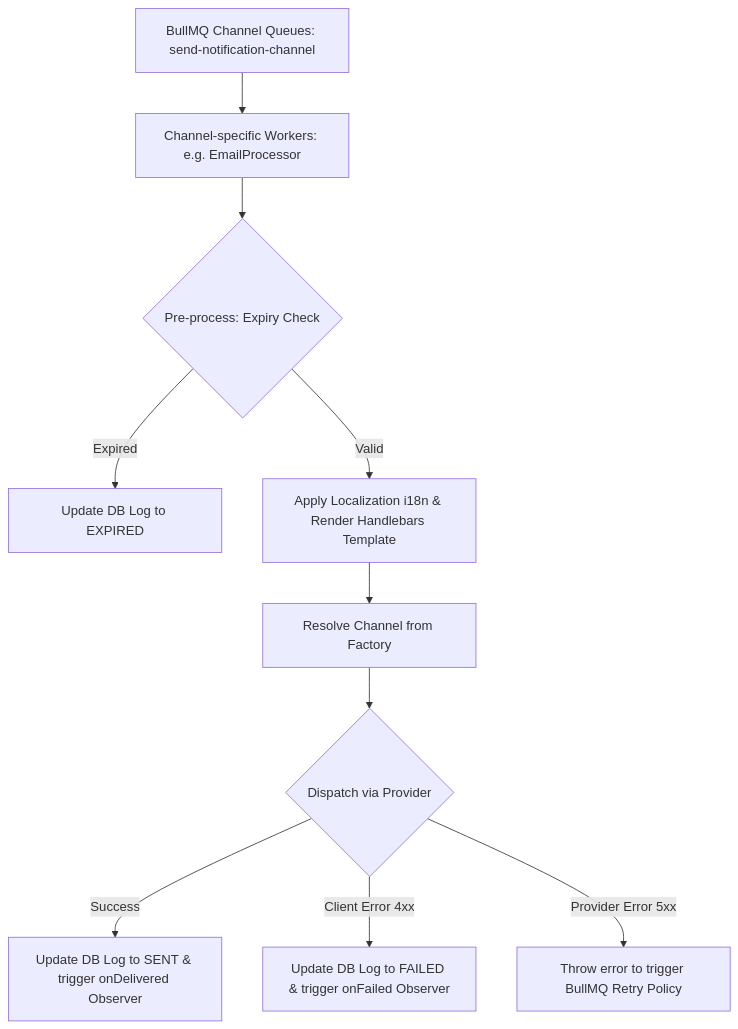
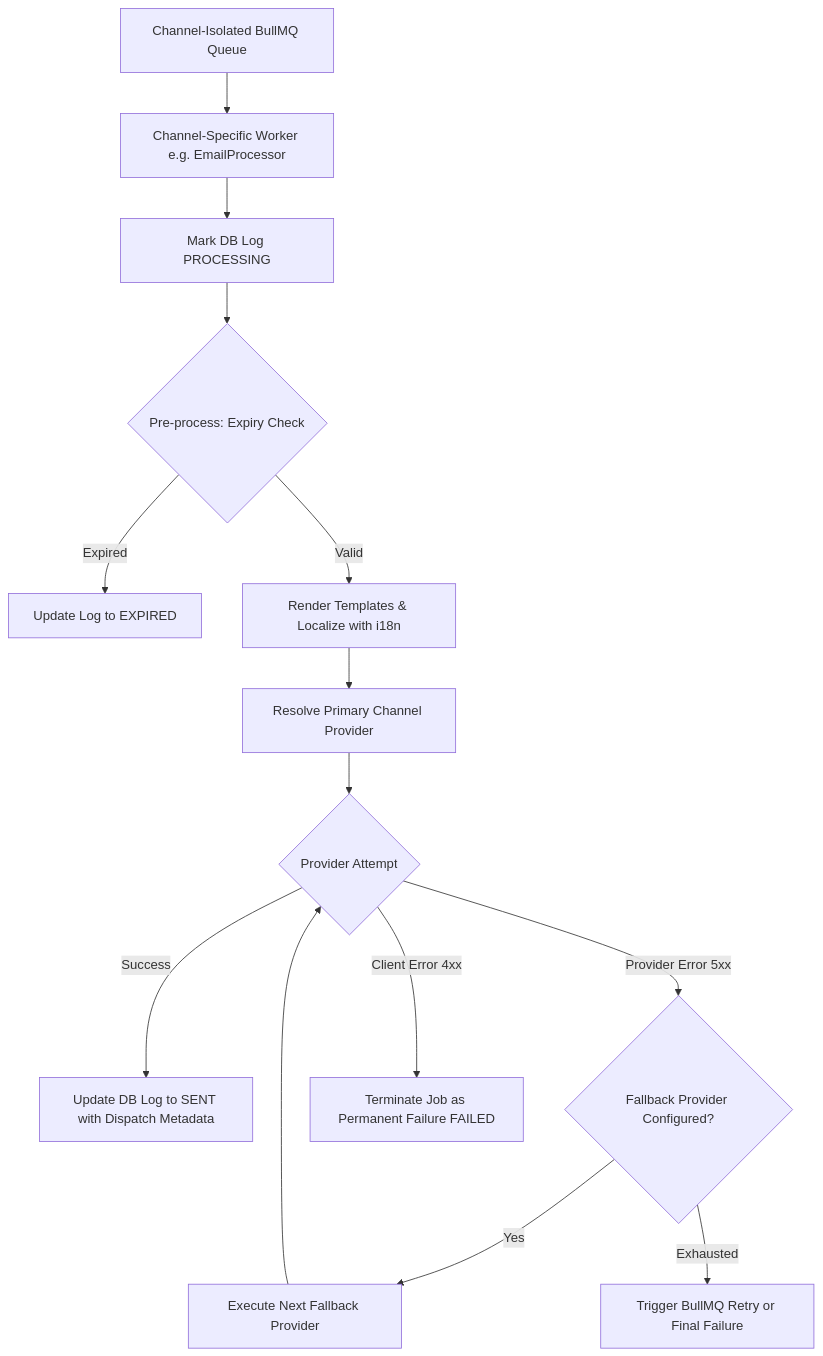
One commit to Omar-Sa6ry/bts-soft changed the second of 2 diagrams in packages/notifications/README.md. Above: the diagram before and after it, drawn with Mermaid. The commit also changed other lines of this file and 62 other files, not shown here.

````diff
--- a/packages/notifications/README.md
+++ b/packages/notifications/README.md
@@ -43,12 +50,16 @@
 ```mermaid
 graph TD
-    A[BullMQ Channel Queues: send-notification-channel] --> B[Channel-specific Workers: e.g. EmailProcessor]
-    B --> C{Pre-process: Expiry Check}
-    C -- Expired --> D[Update DB Log to EXPIRED]
-    C -- Valid --> E[Apply Localization i18n & Render Handlebars Template]
-    E --> F[Resolve Channel from Factory]
-    F --> G{Dispatch via Provider}
-    G -- Success --> H[Update DB Log to SENT & trigger onDelivered Observer]
-    G -- Client Error 4xx --> I[Update DB Log to FAILED & trigger onFailed Observer]
-    G -- Provider Error 5xx --> J[Throw error to trigger BullMQ Retry Policy]
+    A[Channel-Isolated BullMQ Queue] --> B[Channel-Specific Worker e.g. EmailProcessor]
+    B --> C[Mark DB Log PROCESSING]
+    C --> D{Pre-process: Expiry Check}
+    D -- Expired --> E[Update Log to EXPIRED]
+    D -- Valid --> F[Render Templates & Localize with i18n]
+    F --> G[Resolve Primary Channel Provider]
+    G --> H{Provider Attempt}
+    H -- Success --> I[Update DB Log to SENT with Dispatch Metadata]
+    H -- Provider Error 5xx --> J{Fallback Provider Configured?}
+    J -- Yes --> K[Execute Next Fallback Provider]
+    K --> H
+    J -- Exhausted --> L[Trigger BullMQ Retry or Final Failure]
+    H -- Client Error 4xx --> M[Terminate Job as Permanent Failure FAILED]
 ```
````
